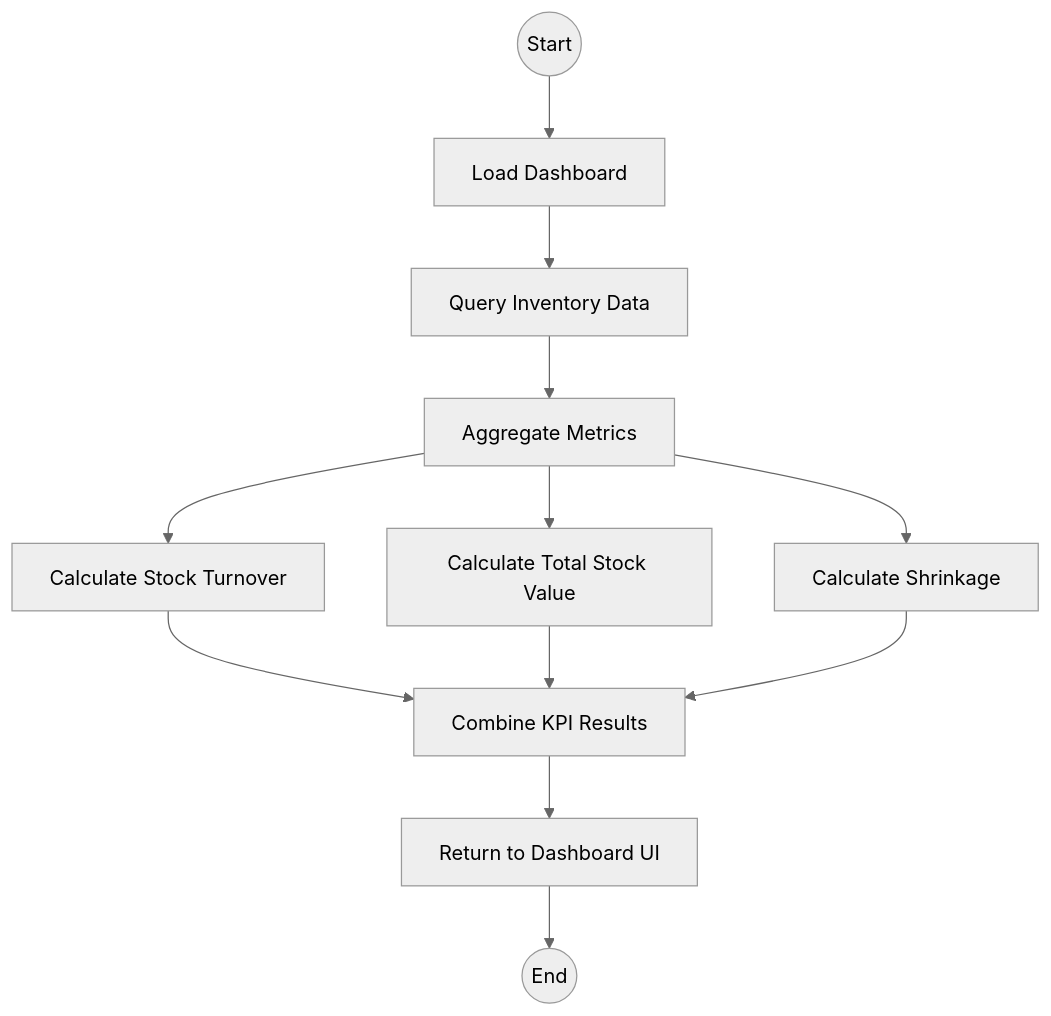
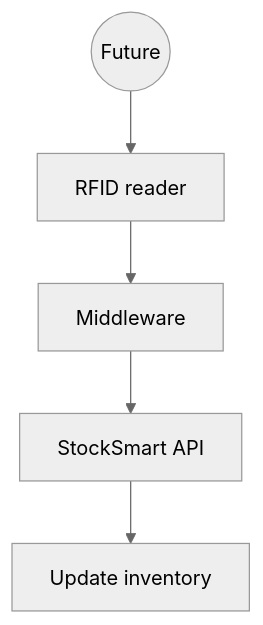
One commit to kirtika-0102/StockSmart changed the tenth of 11 diagrams in docs/application-flow.md. Above: the diagram before and after it, drawn with Mermaid (neutral theme). The commit also changed other lines of this file and 74 other files, not shown here.

Commit message:
architecture of application

````diff
--- a/docs/application-flow.md
+++ b/docs/application-flow.md
@@ -259,14 +121,7 @@
 ```mermaid
 flowchart TD
-    Start((Start)) --> LoadDash[Load Dashboard]
-    LoadDash --> QueryDB[Query Inventory Data]
-    QueryDB --> AggMetrics[Aggregate Metrics]
-    AggMetrics --> CalcTurn[Calculate Stock Turnover]
-    AggMetrics --> CalcVal[Calculate Total Stock Value]
-    AggMetrics --> CalcShrink[Calculate Shrinkage]
-    CalcTurn --> Combine[Combine KPI Results]
-    CalcVal --> Combine
-    CalcShrink --> Combine
-    Combine --> ReturnUI[Return to Dashboard UI]
-    ReturnUI --> End((End))
+    Start((Future)) --> Reader[RFID reader]
+    Reader --> Middleware[Middleware]
+    Middleware --> API[StockSmart API]
+    API --> Inv[Update inventory]
 ```
````
